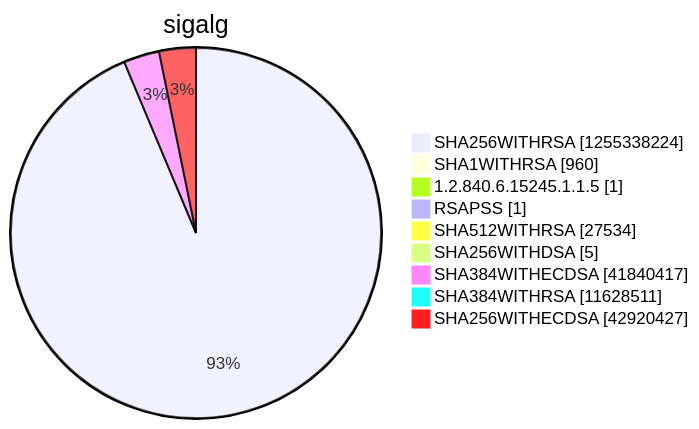
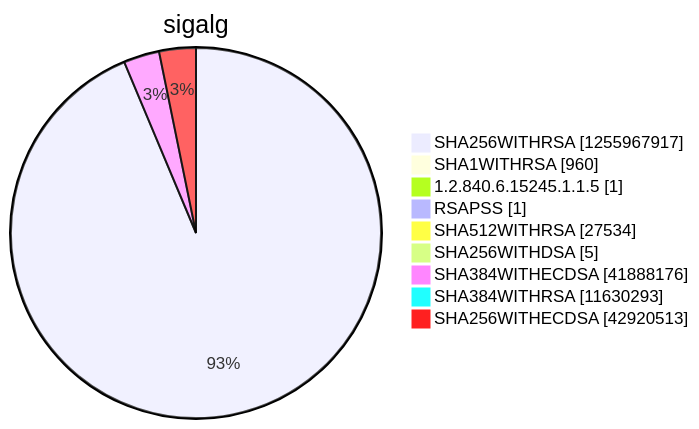
One commit to christiankrug/ctmonitor_visualization changed diagram 15 of 15 in argon2022/README.md. Above: the diagram before and after it, drawn with Mermaid. The commit also changed other lines of this file, not shown here.

````diff
--- a/argon2022/README.md
+++ b/argon2022/README.md
@@ -5522,13 +5522,13 @@
 ```mermaid
 pie showData
 title sigalg
-"SHA256WITHRSA" :1255338224
+"SHA256WITHRSA" :1255967917
 "SHA1WITHRSA" :960
 "1.2.840.6.15245.1.1.5" :1
 "RSAPSS" :1
 "SHA512WITHRSA" :27534
 "SHA256WITHDSA" :5
-"SHA384WITHECDSA" :41840417
-"SHA384WITHRSA" :11628511
-"SHA256WITHECDSA" :42920427
+"SHA384WITHECDSA" :41888176
+"SHA384WITHRSA" :11630293
+"SHA256WITHECDSA" :42920513
 ```
````
